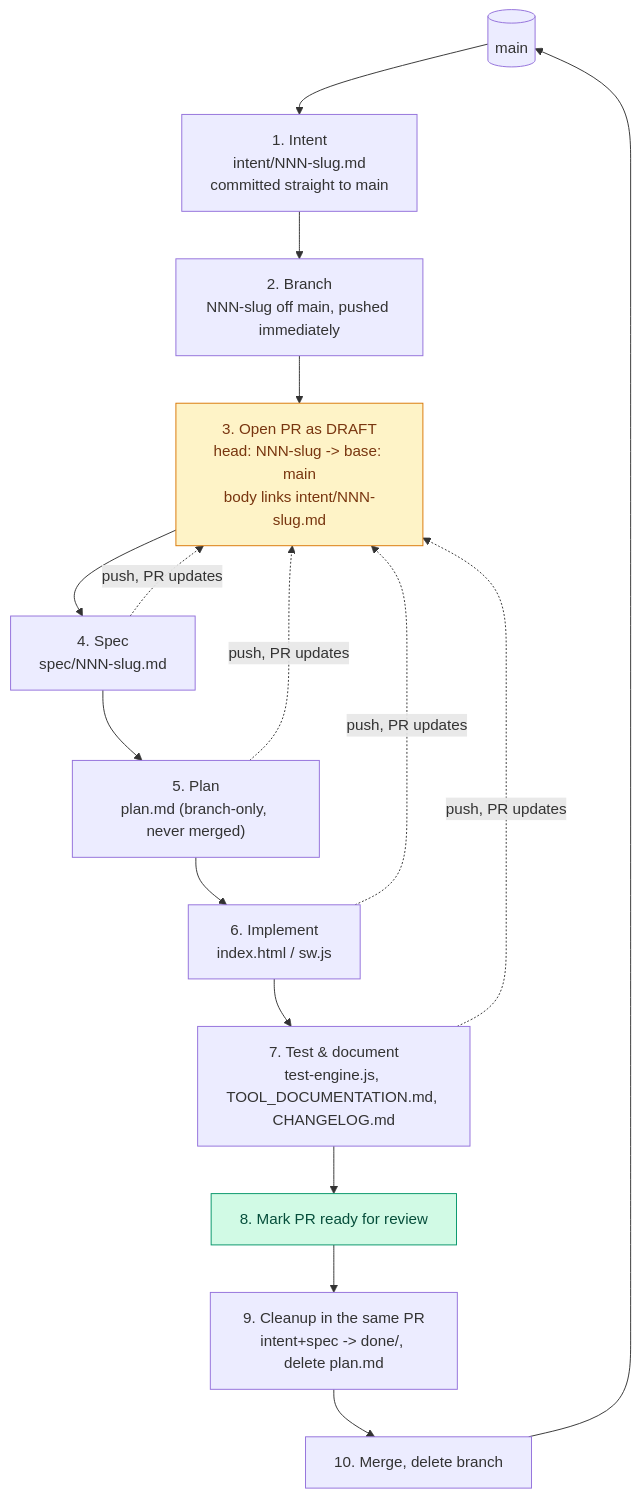
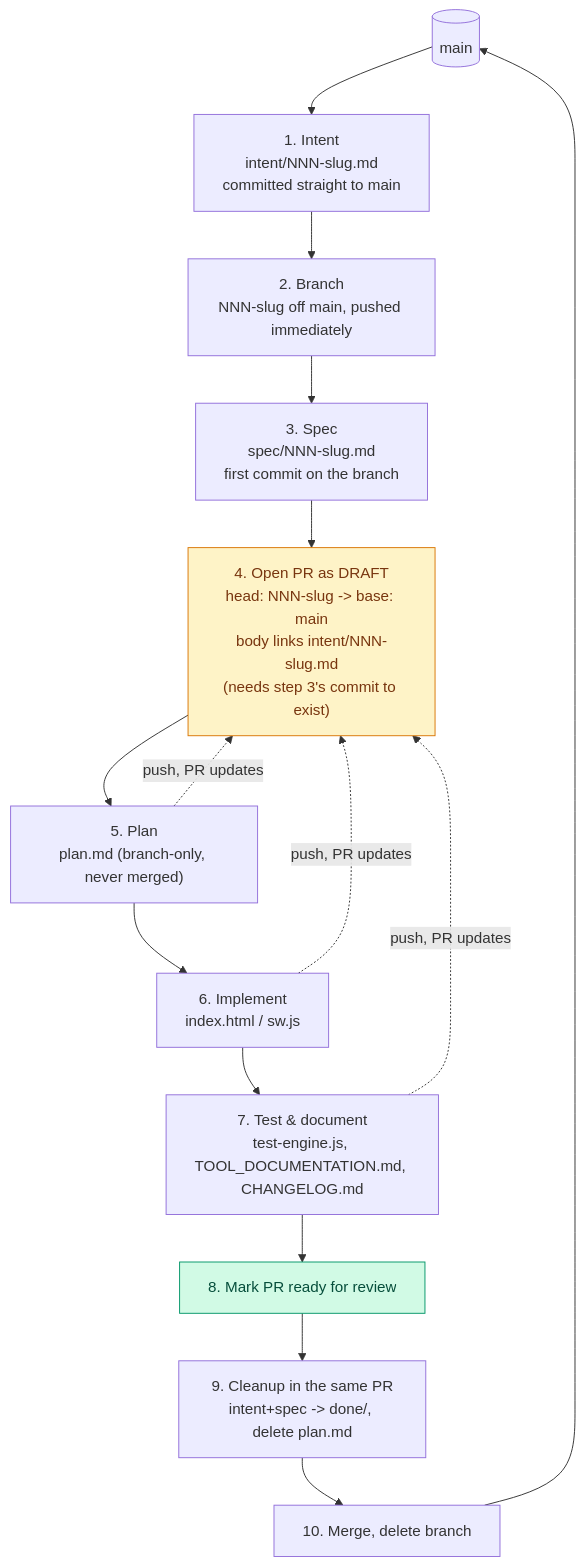
The diagram in CONTRIBUTING.md (aggallim/retirement-planner), drawn with Mermaid before and after one commit. The commit also changed other lines of this file and 1 other file, not shown here.

First line of the commit message:
Fix CONTRIBUTING.md/CLAUDE.md: PR can't open until spec's first commit

````diff
--- a/CONTRIBUTING.md
+++ b/CONTRIBUTING.md
@@ -62,27 +71,26 @@
 ```mermaid
 flowchart TD
     Main[("main")]
     Intent["1. Intent\nintent/NNN-slug.md\ncommitted straight to main"]
     Branch["2. Branch\nNNN-slug off main, pushed immediately"]
-    PR["3. Open PR as DRAFT\nhead: NNN-slug -> base: main\nbody links intent/NNN-slug.md"]
-    Spec["4. Spec\nspec/NNN-slug.md"]
+    Spec["3. Spec\nspec/NNN-slug.md\nfirst commit on the branch"]
+    PR["4. Open PR as DRAFT\nhead: NNN-slug -> base: main\nbody links intent/NNN-slug.md\n(needs step 3's commit to exist)"]
     Plan["5. Plan\nplan.md (branch-only, never merged)"]
     Impl["6. Implement\nindex.html / sw.js"]
     Docs["7. Test & document\ntest-engine.js, TOOL_DOCUMENTATION.md, CHANGELOG.md"]
     Ready["8. Mark PR ready for review"]
     Cleanup["9. Cleanup in the same PR\nintent+spec -> done/, delete plan.md"]
     Merge["10. Merge, delete branch"]
 
-    Main --> Intent --> Branch --> PR
-    PR --> Spec --> Plan --> Impl --> Docs --> Ready --> Cleanup --> Merge --> Main
+    Main --> Intent --> Branch --> Spec --> PR
+    PR --> Plan --> Impl --> Docs --> Ready --> Cleanup --> Merge --> Main
 
-    Spec -. push, PR updates .-> PR
     Plan -. push, PR updates .-> PR
     Impl -. push, PR updates .-> PR
     Docs -. push, PR updates .-> PR
 
     classDef pr fill:#fef3c7,stroke:#d97706,color:#78350f;
     classDef ready fill:#d1fae5,stroke:#059669,color:#064e3b;
     class PR pr;
     class Ready ready;
 ```
````
